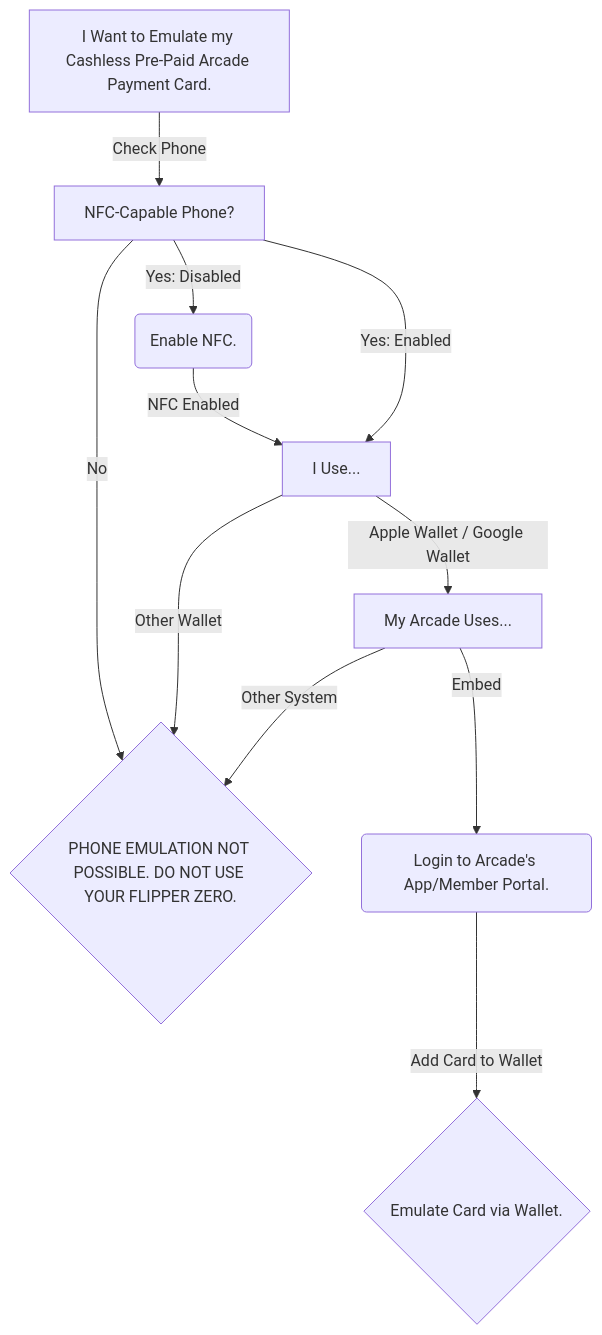
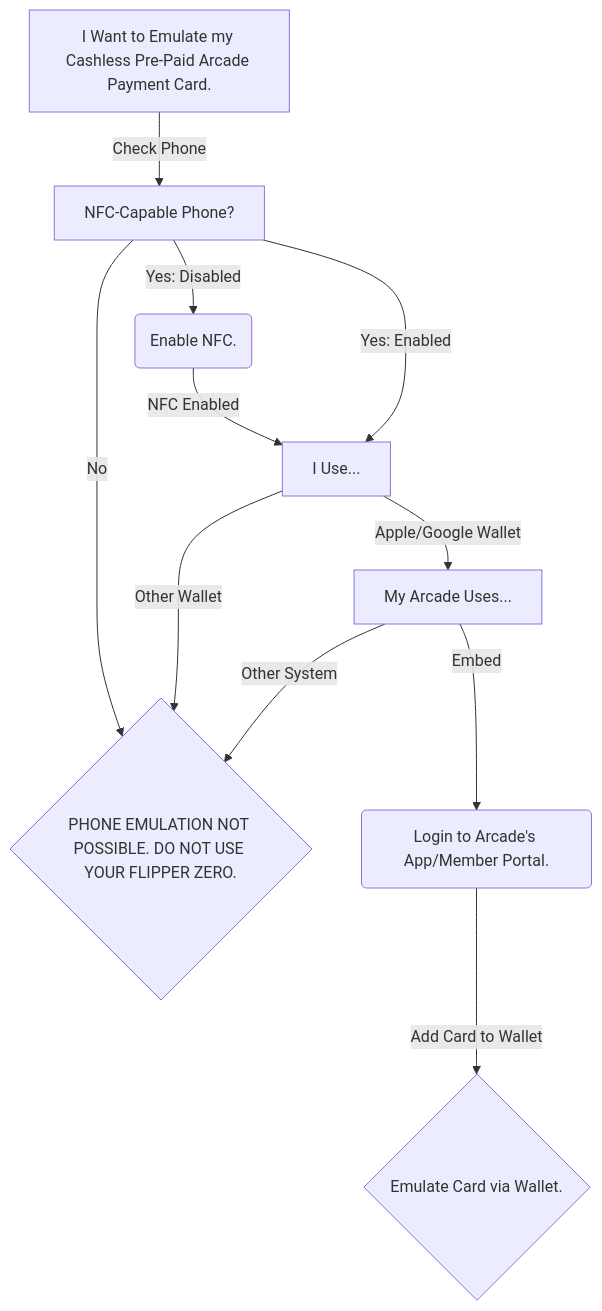
One commit to Flipper-Community/flipper-community-wiki changed the diagram in flip-wiki/docs/arcadecards.md. Above: the diagram before and after it, drawn with Mermaid.

Commit message:
Update mermaid flowchart arcadecards.md
Spacing

````diff
--- a/flip-wiki/docs/arcadecards.md
+++ b/flip-wiki/docs/arcadecards.md
@@ -23,13 +23,13 @@
 ``` mermaid
 flowchart TD
     A[I Want to Emulate my Cashless Pre-Paid Arcade Payment Card.] -->|Check Phone| B[NFC-Capable Phone?]
     B -->|No| H{PHONE EMULATION NOT POSSIBLE. DO NOT USE YOUR FLIPPER ZERO.}
     B -->|Yes: Disabled| D(Enable NFC.)
     D -->|NFC Enabled| C
     B -->|Yes: Enabled| C[I Use...]
-    C -->|Apple Wallet / Google Wallet| E[My Arcade Uses...]
+    C -->|Apple/Google Wallet| E[My Arcade Uses...]
     C -->|Other Wallet| H
     E -->|Embed| F(Login to Arcade's App/Member Portal.)
     F -->|Add Card to Wallet| G{Emulate Card via Wallet.}
     E -->|Other System| H
 ```
````
